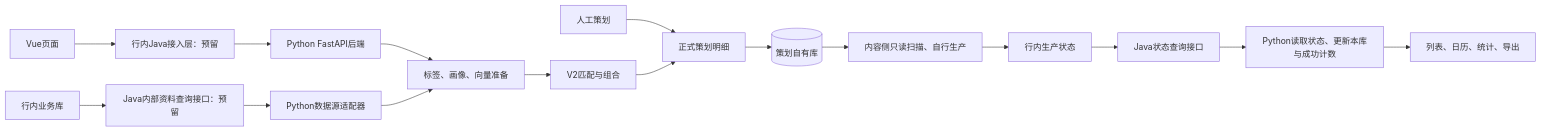
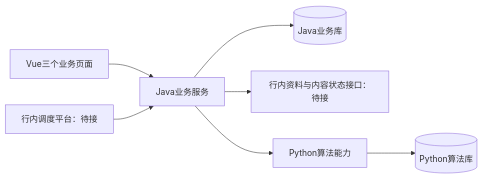
One commit to easyLong/strat-matrix changed the diagram in README.md. Above: the diagram before and after it, drawn with Mermaid. The commit also changed other lines of this file and 421 other files, not shown here.

````diff
--- a/README.md
+++ b/README.md
@@ -11,18 +19,9 @@
 ```mermaid
 flowchart LR
-    Vue[Vue页面] --> Java[行内Java接入层：预留]
-    Java --> Python[Python FastAPI后端]
-    Python --> Prepare
-    Bank[行内业务库] --> DataAPI[Java内部资料查询接口：预留]
-    DataAPI --> Source[Python数据源适配器]
-    Source --> Prepare[标签、画像、向量准备]
-    Prepare --> Match[V2匹配与组合]
-    Manual[人工策划] --> Result[正式策划明细]
-    Match --> Result
-    Result --> Store[(策划自有库)]
-    Store --> Content[内容侧只读扫描、自行生产]
-    Content --> Status[行内生产状态]
-    Status --> StatusAPI[Java状态查询接口]
-    StatusAPI --> Feedback[Python读取状态、更新本库与成功计数]
-    Feedback --> Query[列表、日历、统计、导出]
+    Vue[Vue三个业务页面] --> Java[Java业务服务]
+    Java --> Bus[(Java业务库)]
+    Java --> Source[行内资料与内容状态接口：待接]
+    Java --> Algo[Python算法能力]
+    Algo --> AI[(Python算法库)]
+    HostJob[行内调度平台：待接] --> Java
 ```
````
